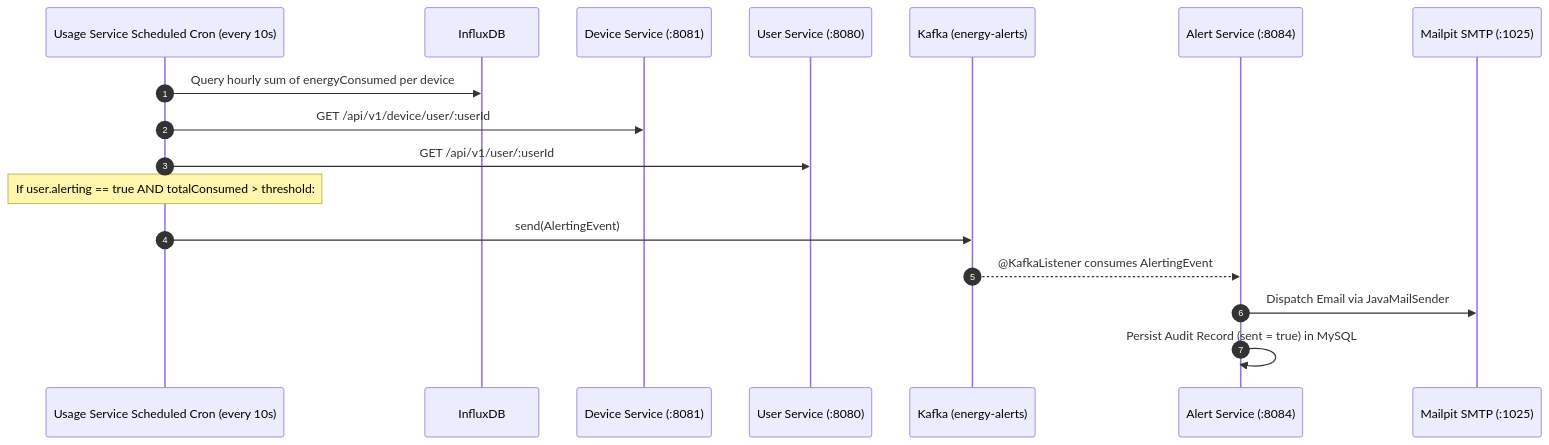
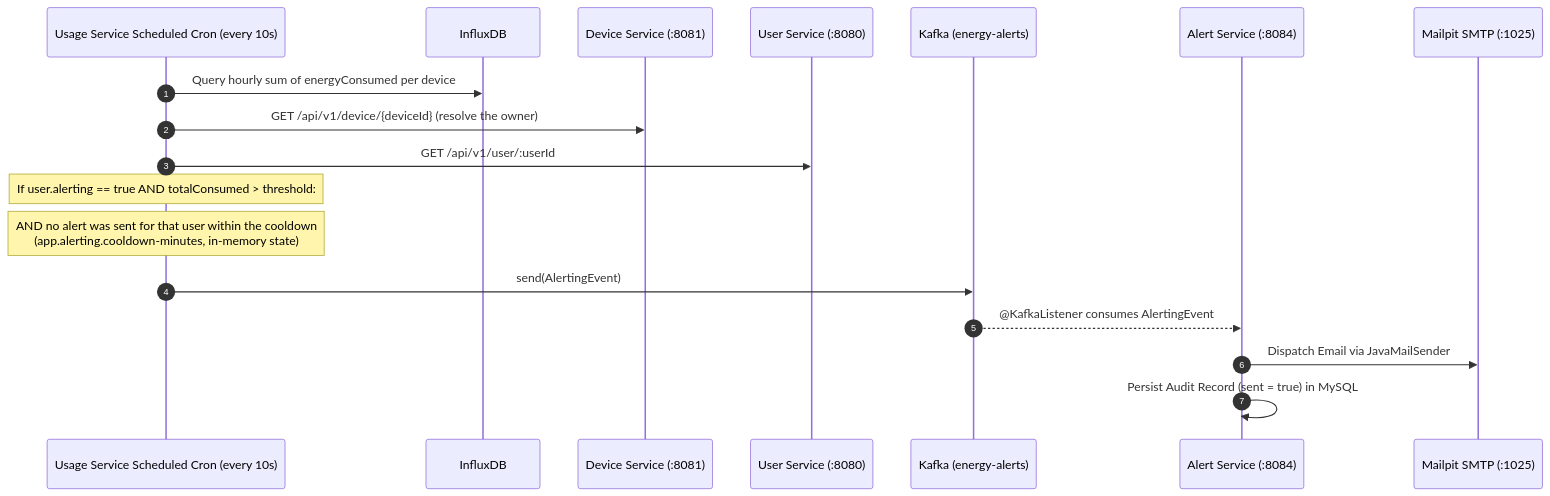
Before and after one commit to PagarciaSima/ENERGY_TRACKER_MICROSERVICES: the third of 5 diagrams in README.md, drawn with Mermaid. The commit also changed other lines of this file and 59 other files, not shown here.

````diff
--- a/README.md
+++ b/README.md
@@ -191,20 +232,21 @@
 ```mermaid
 sequenceDiagram
     autonumber
     participant Scheduler as Usage Service Scheduled Cron (every 10s)
     participant Influx as InfluxDB
     participant DeviceSvc as Device Service (:8081)
     participant UserSvc as User Service (:8080)
     participant Kafka as Kafka (energy-alerts)
     participant AlertSvc as Alert Service (:8084)
     participant Mailpit as Mailpit SMTP (:1025)
 
     Scheduler->>Influx: Query hourly sum of energyConsumed per device
-    Scheduler->>DeviceSvc: GET /api/v1/device/user/:userId
+    Scheduler->>DeviceSvc: GET /api/v1/device/{deviceId} (resolve the owner)
     Scheduler->>UserSvc: GET /api/v1/user/:userId
     Note over Scheduler: If user.alerting == true AND totalConsumed > threshold:
+    Note over Scheduler: AND no alert was sent for that user within the cooldown<br/>(app.alerting.cooldown-minutes, in-memory state)
     Scheduler->>Kafka: send(AlertingEvent)
     Kafka-->>AlertSvc: @KafkaListener consumes AlertingEvent
     AlertSvc->>Mailpit: Dispatch Email via JavaMailSender
     AlertSvc->>AlertSvc: Persist Audit Record (sent = true) in MySQL
 ```
````
